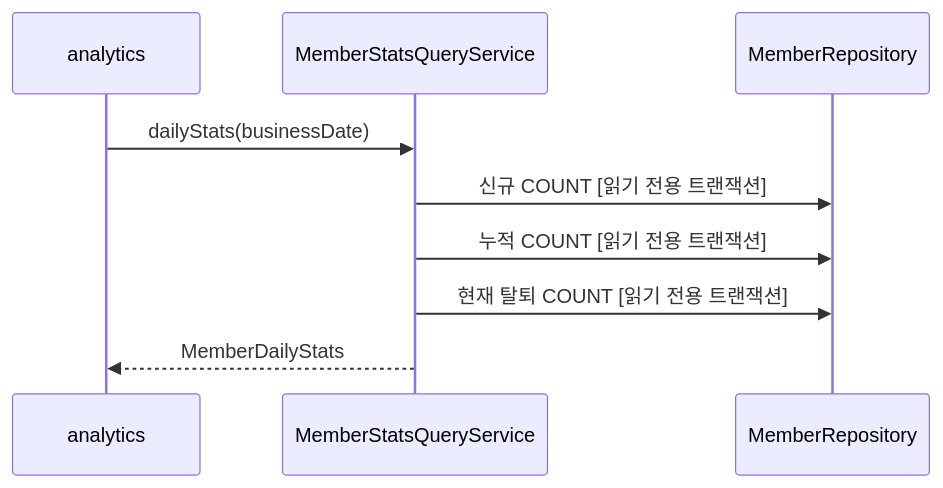
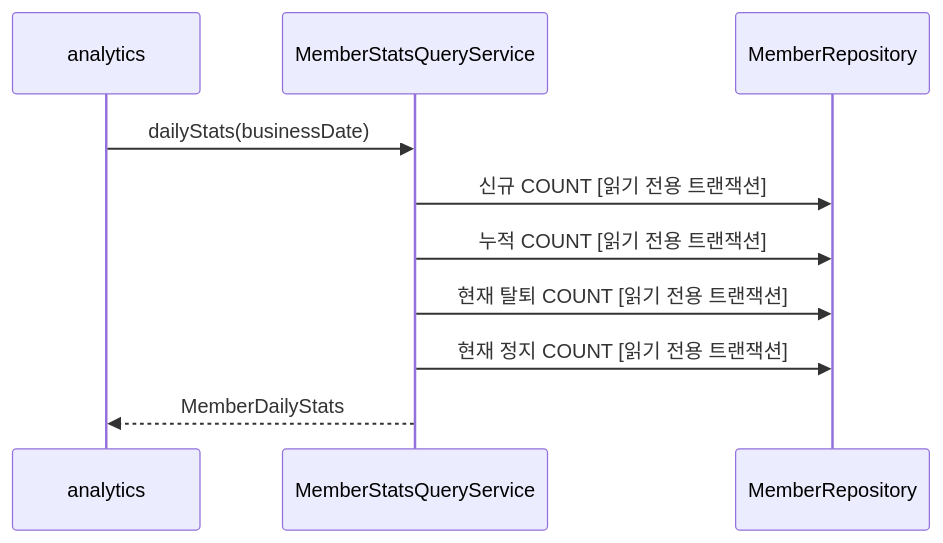
The third of 3 diagrams in docs/design/member/member_구조와_동작_설계.md (lunch-catch/lc-backend), drawn with Mermaid before and after one commit. The commit also changed other lines of this file, not shown here.

````diff
--- a/docs/design/member/member_구조와_동작_설계.md
+++ b/docs/design/member/member_구조와_동작_설계.md
@@ -106,11 +108,12 @@
 ```mermaid
 sequenceDiagram
     participant A as analytics
     participant S as MemberStatsQueryService
     participant R as MemberRepository
     A->>S: dailyStats(businessDate)
     S->>R: 신규 COUNT [읽기 전용 트랜잭션]
     S->>R: 누적 COUNT [읽기 전용 트랜잭션]
     S->>R: 현재 탈퇴 COUNT [읽기 전용 트랜잭션]
+    S->>R: 현재 정지 COUNT [읽기 전용 트랜잭션]
     S-->>A: MemberDailyStats
 ```
````
